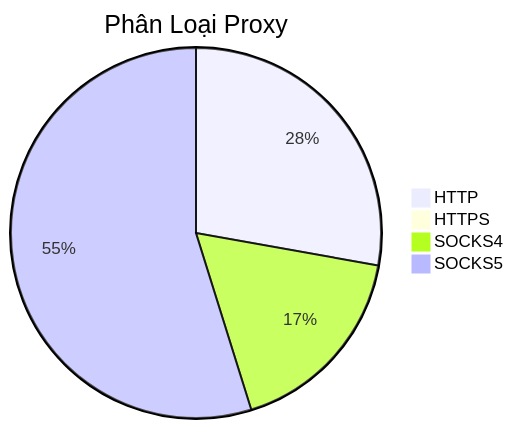
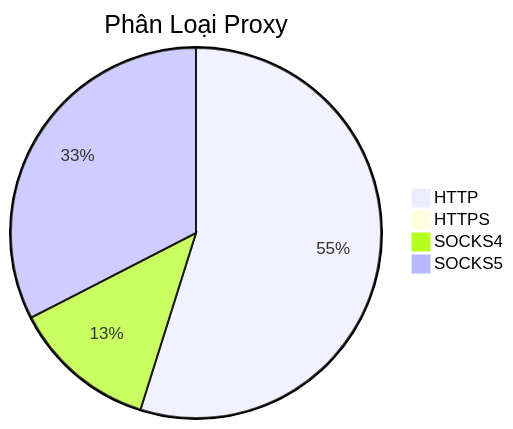
The diagram in README.md (Ciara-12/PROXY-free), drawn with Mermaid before and after one commit. The commit also changed other lines of this file and 3 other files, not shown here.

````diff
--- a/README.md
+++ b/README.md
@@ -26,7 +26,7 @@
 ```mermaid
 pie title Phân Loại Proxy
-    "HTTP" : 591
+    "HTTP" : 1188
     "HTTPS" : 0
-    "SOCKS4" : 369
-    "SOCKS5" : 1165
+    "SOCKS4" : 273
+    "SOCKS5" : 705
 ```
````
